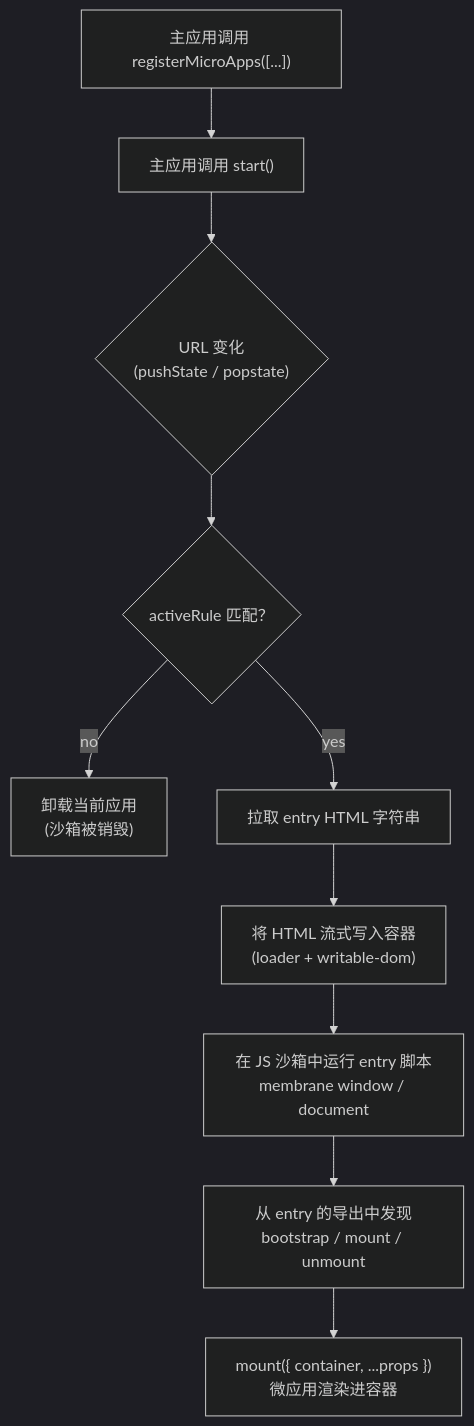
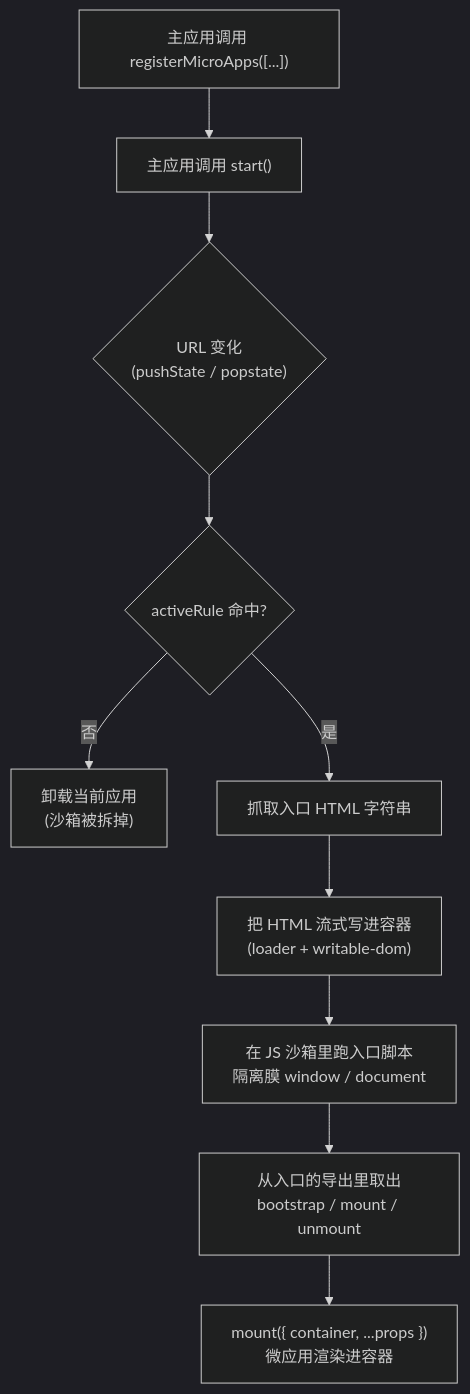
One commit to umijs/qiankun changed the diagram in docs/zh-CN/tutorial/index.md. Above: the diagram before and after it, drawn with Mermaid (dark theme). The commit also changed other lines of this file and 63 other files, not shown here.

````diff
--- a/docs/zh-CN/tutorial/index.md
+++ b/docs/zh-CN/tutorial/index.md
@@ -31,12 +31,12 @@
 ```mermaid
 flowchart TD
   A["主应用调用 registerMicroApps([...])"] --> B["主应用调用 start()"]
   B --> C{"URL 变化<br/>(pushState / popstate)"}
-  C --> D{"activeRule 匹配？"}
-  D -- no --> E["卸载当前应用<br/>(沙箱被销毁)"]
-  D -- yes --> F["拉取 entry HTML 字符串"]
-  F --> G["将 HTML 流式写入容器<br/>(loader + writable-dom)"]
-  G --> H["在 JS 沙箱中运行 entry 脚本<br/>membrane window / document"]
-  H --> I["从 entry 的导出中发现<br/>bootstrap / mount / unmount"]
+  C --> D{"activeRule 命中?"}
+  D -- 否 --> E["卸载当前应用<br/>(沙箱被拆掉)"]
+  D -- 是 --> F["抓取入口 HTML 字符串"]
+  F --> G["把 HTML 流式写进容器<br/>(loader + writable-dom)"]
+  G --> H["在 JS 沙箱里跑入口脚本<br/>隔离膜 window / document"]
+  H --> I["从入口的导出里取出<br/>bootstrap / mount / unmount"]
   I --> J["mount({ container, ...props })<br/>微应用渲染进容器"]
 ```
````
